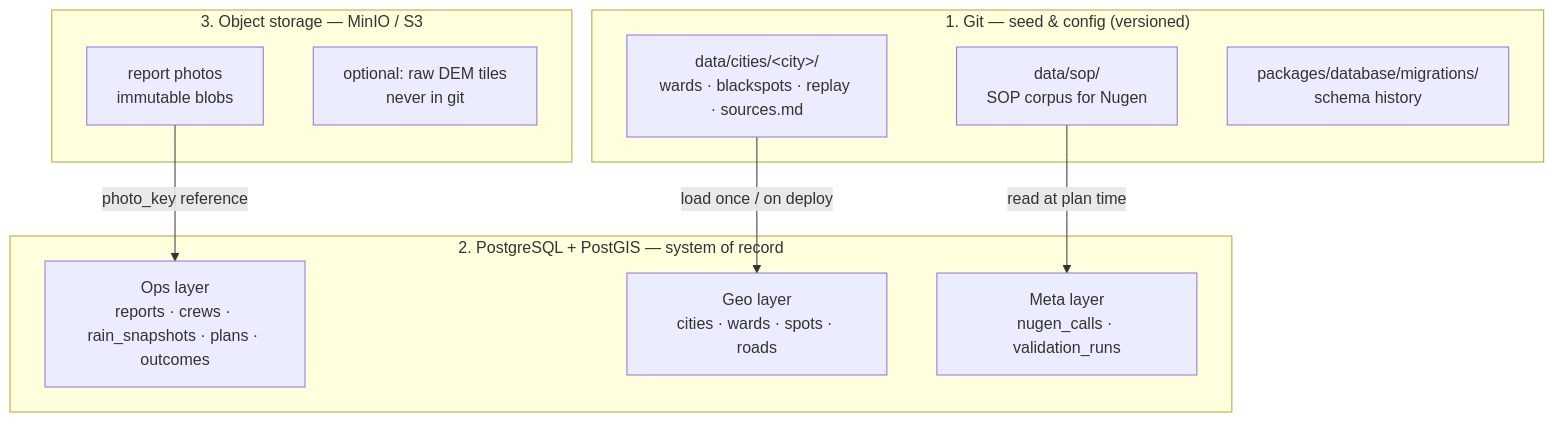
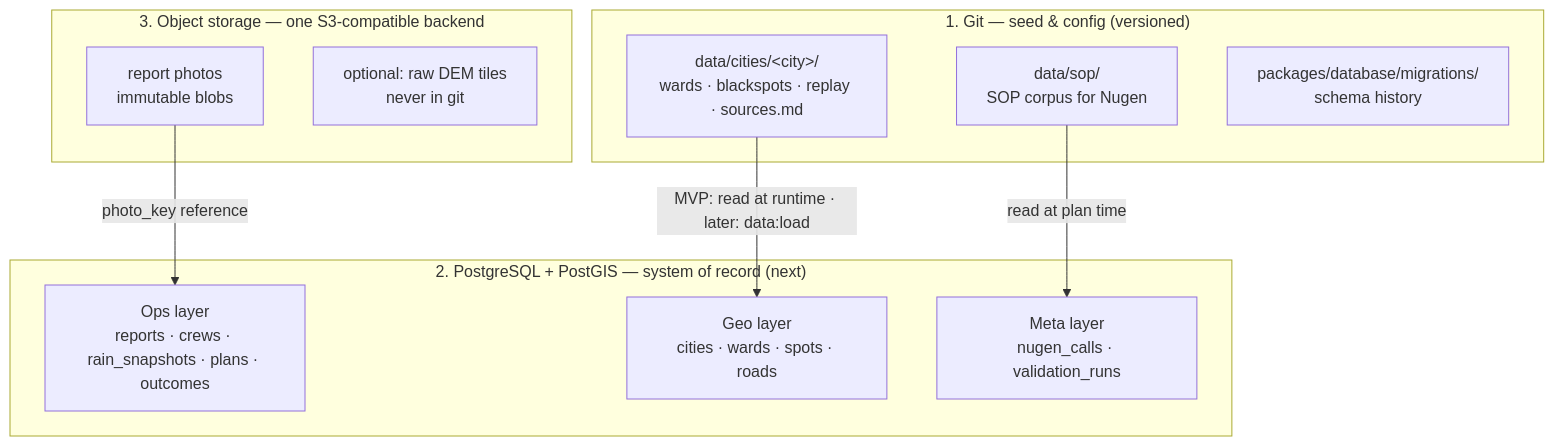
The first of 2 diagrams in docs/06-storage-architecture.md (makwanashivang081-coder/floodops), drawn with Mermaid before and after one commit. The commit also changed other lines of this file and 1 other file, not shown here.

First line of the commit message:
Clarify storage: MVP memory/disk now; one PostGIS stack and one object store next.

````diff
--- a/docs/06-storage-architecture.md
+++ b/docs/06-storage-architecture.md
@@ -12,23 +25,23 @@
 ```mermaid
 flowchart TB
     subgraph Git["1. Git — seed & config (versioned)"]
         CITY[data/cities/&lt;city&gt;/<br/>wards · blackspots · replay · sources.md]
         SOP[data/sop/<br/>SOP corpus for Nugen]
         MIG[packages/database/migrations/<br/>schema history]
     end
 
-    subgraph PG["2. PostgreSQL + PostGIS — system of record"]
+    subgraph PG["2. PostgreSQL + PostGIS — system of record (next)"]
         GEO[Geo layer<br/>cities · wards · spots · roads]
         OPS[Ops layer<br/>reports · crews · rain_snapshots · plans · outcomes]
         META[Meta layer<br/>nugen_calls · validation_runs]
     end
 
-    subgraph OBJ["3. Object storage — MinIO / S3"]
+    subgraph OBJ["3. Object storage — one S3-compatible backend"]
         PHOTOS[report photos<br/>immutable blobs]
         RAW[optional: raw DEM tiles<br/>never in git]
     end
 
-    CITY -->|load once / on deploy| GEO
+    CITY -->|MVP: read at runtime · later: data:load| GEO
     SOP -->|read at plan time| META
     PHOTOS -->|photo_key reference| OPS
 ```
````
